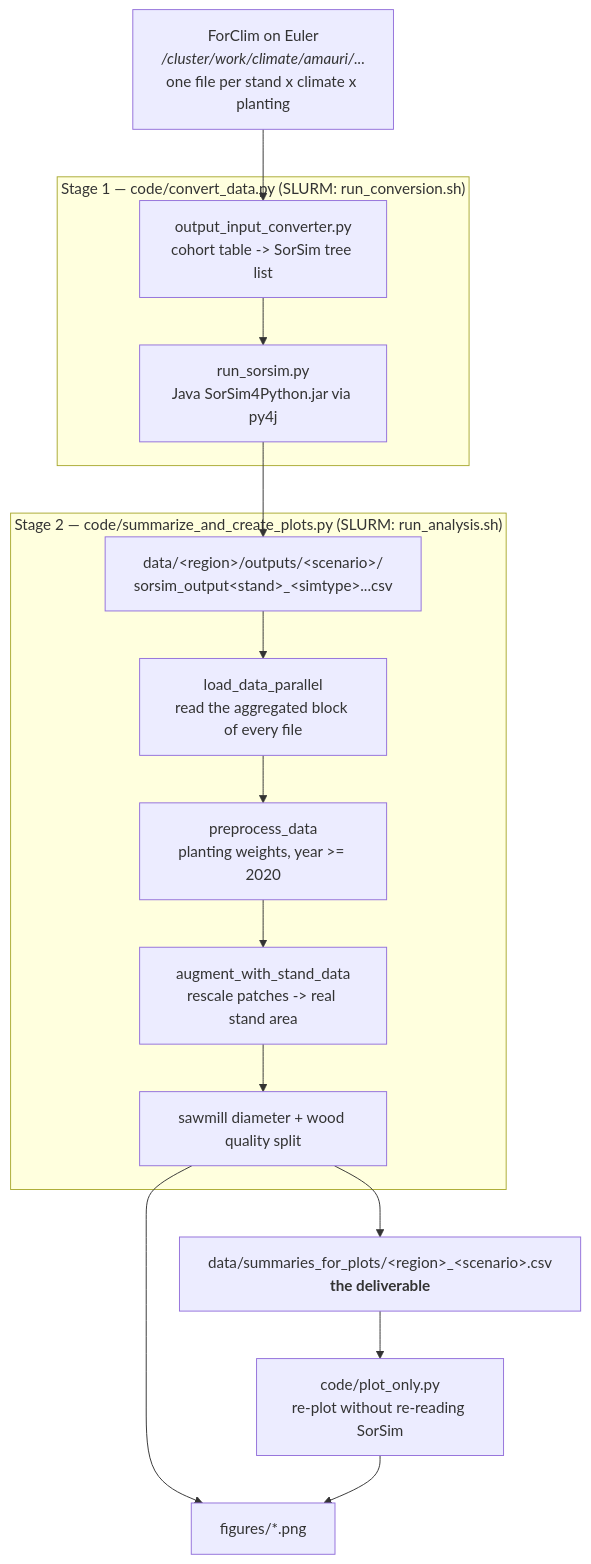
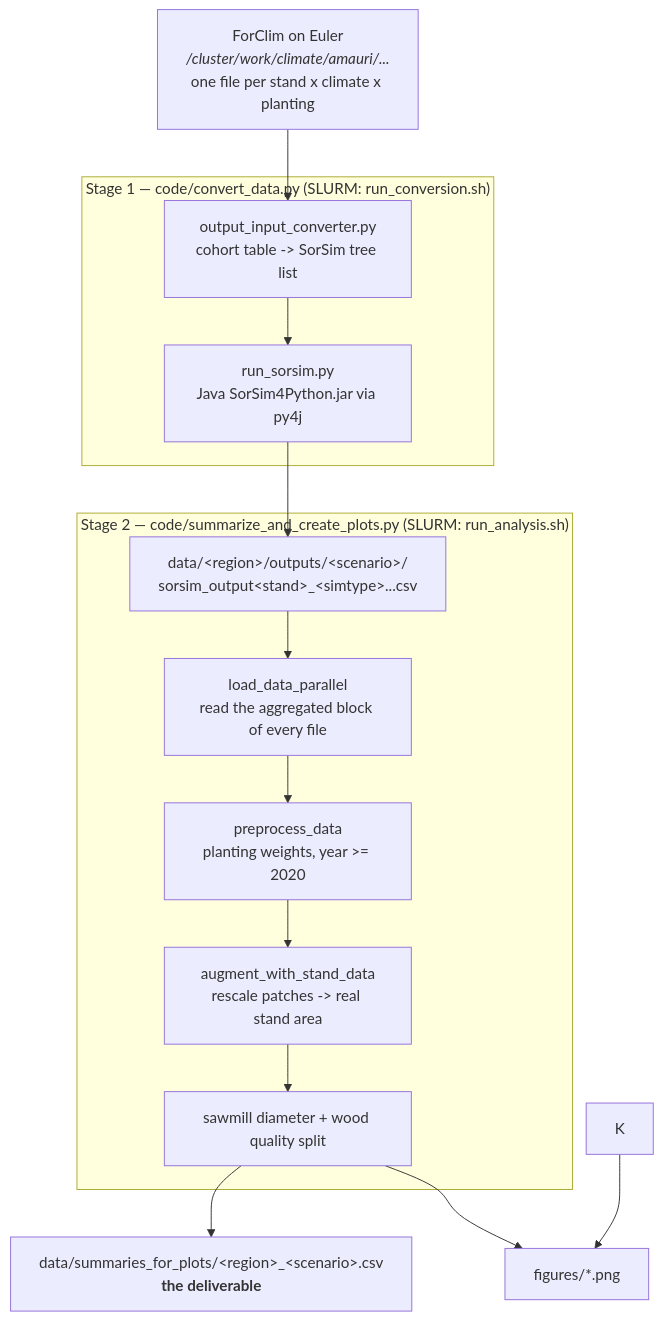
Before and after one commit to giava90/mainwood: the diagram in docs/01-pipeline.md, drawn with Mermaid. The commit also changed other lines of this file and 16 other files, not shown here.

First line of the commit message:
Add the paper figures, and delete plot_only.py

````diff
--- a/docs/01-pipeline.md
+++ b/docs/01-pipeline.md
@@ -7,22 +7,21 @@
 ```mermaid
 flowchart TD
     A["ForClim on Euler<br/><i>/cluster/work/climate/amauri/...</i><br/>one file per stand x climate x planting"] --> B
 
     subgraph S1["Stage 1 — code/convert_data.py (SLURM: run_conversion.sh)"]
         B["output_input_converter.py<br/>cohort table -> SorSim tree list"] --> C["run_sorsim.py<br/>Java SorSim4Python.jar via py4j"]
     end
 
     C --> D["data/&lt;region&gt;/outputs/&lt;scenario&gt;/<br/>sorsim_output&lt;stand&gt;_&lt;simtype&gt;...csv"]
 
     subgraph S2["Stage 2 — code/summarize_and_create_plots.py (SLURM: run_analysis.sh)"]
         D --> E["load_data_parallel<br/>read the aggregated block of every file"]
         E --> F["preprocess_data<br/>planting weights, year >= 2020"]
         F --> G["augment_with_stand_data<br/>rescale patches -> real stand area"]
         G --> H["sawmill diameter + wood quality split"]
     end
 
     H --> I["data/summaries_for_plots/&lt;region&gt;_&lt;scenario&gt;.csv<br/><b>the deliverable</b>"]
     H --> J["figures/*.png"]
-    I --> K["code/plot_only.py<br/>re-plot without re-reading SorSim"]
     K --> J
 ```
````
